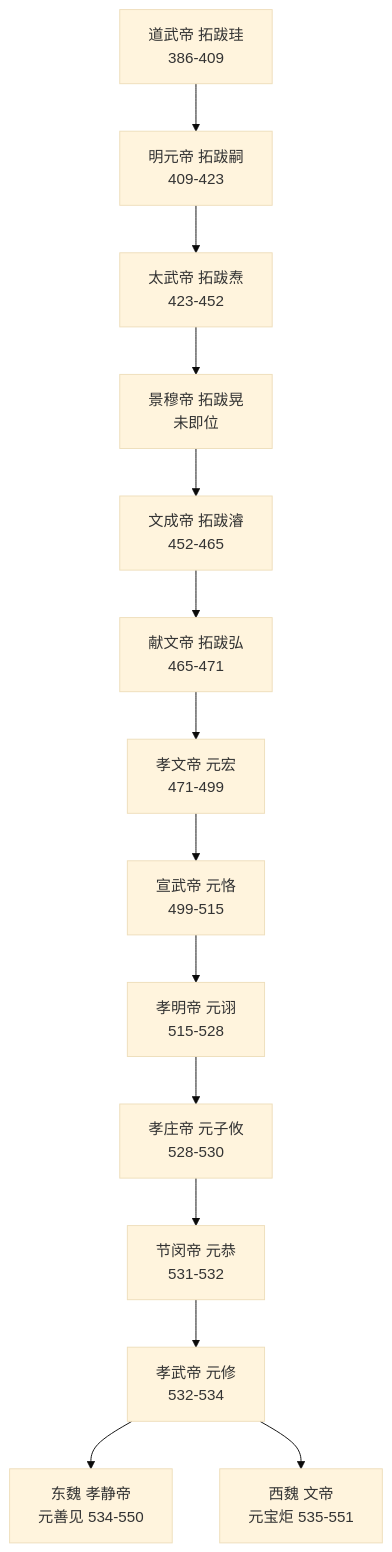
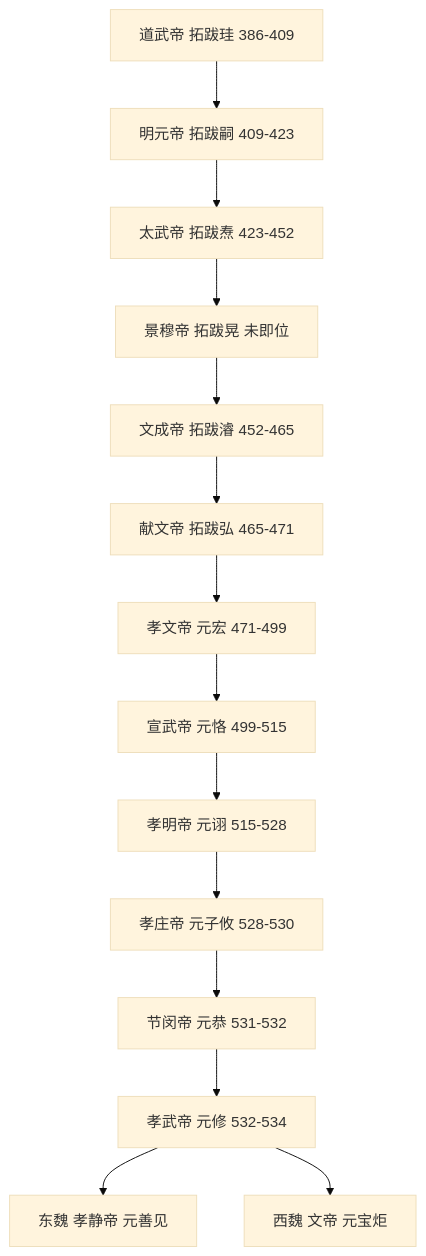
Before and after one commit to leafevans/leafevans.github.io: the diagram in content/posts/northern-wei-dynasty.md, drawn with Mermaid (base theme). The commit also changed 1 other file, not shown here.

Commit message:
fix: mermaid - use simple single-line labels, no br or newlines

```diff
--- a/content/posts/northern-wei-dynasty.md
+++ b/content/posts/northern-wei-dynasty.md
@@ -193,16 +193,16 @@
 {{< mermaid >}}
 graph TD
-    A["道武帝 拓跋珪\n386-409"] --> B["明元帝 拓跋嗣\n409-423"]
-    B --> C["太武帝 拓跋焘\n423-452"]
-    C --> D["景穆帝 拓跋晃\n未即位"]
-    D --> E["文成帝 拓跋濬\n452-465"]
-    E --> F["献文帝 拓跋弘\n465-471"]
-    F --> G["孝文帝 元宏\n471-499"]
-    G --> H["宣武帝 元恪\n499-515"]
-    H --> I["孝明帝 元诩\n515-528"]
-    I --> J["孝庄帝 元子攸\n528-530"]
-    J --> K["节闵帝 元恭\n531-532"]
-    K --> L["孝武帝 元修\n532-534"]
-    L --> M["东魏 孝静帝\n元善见 534-550"]
-    L --> N["西魏 文帝\n元宝炬 535-551"]
+    A[道武帝 拓跋珪 386-409] --> B[明元帝 拓跋嗣 409-423]
+    B --> C[太武帝 拓跋焘 423-452]
+    C --> D[景穆帝 拓跋晃 未即位]
+    D --> E[文成帝 拓跋濬 452-465]
+    E --> F[献文帝 拓跋弘 465-471]
+    F --> G[孝文帝 元宏 471-499]
+    G --> H[宣武帝 元恪 499-515]
+    H --> I[孝明帝 元诩 515-528]
+    I --> J[孝庄帝 元子攸 528-530]
+    J --> K[节闵帝 元恭 531-532]
+    K --> L[孝武帝 元修 532-534]
+    L --> M[东魏 孝静帝 元善见]
+    L --> N[西魏 文帝 元宝炬]
 {{< /mermaid >}}
```
